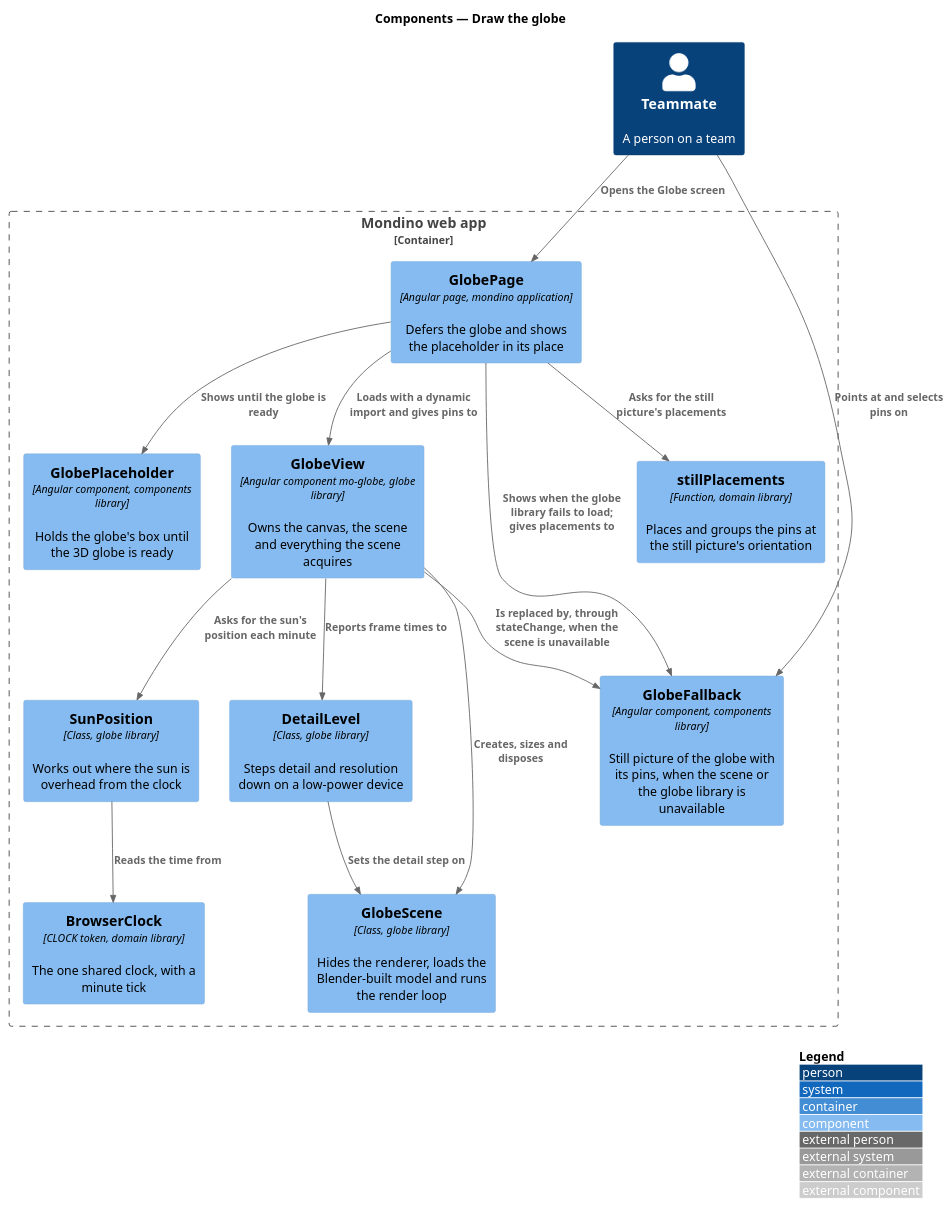
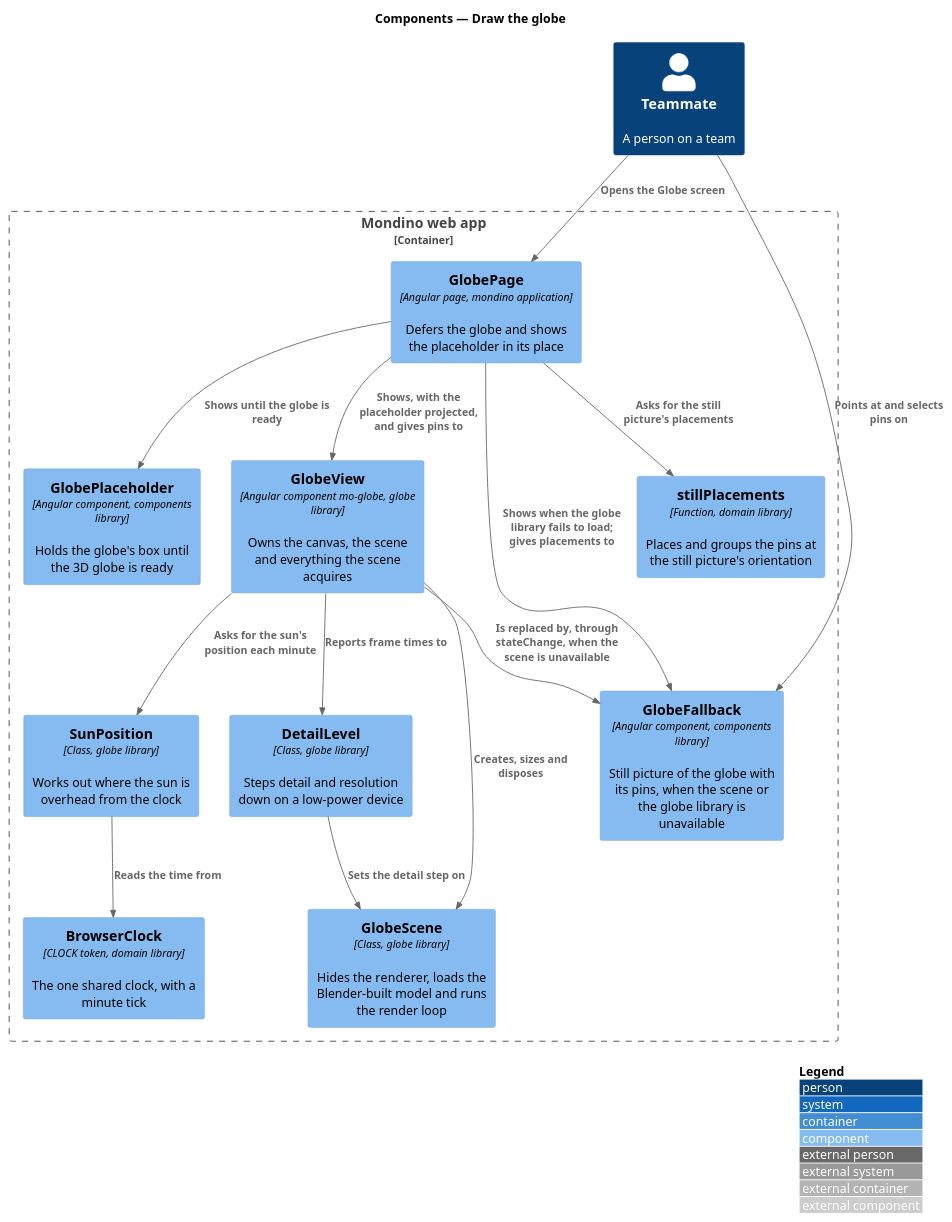
One commit to QuinntyneBrown/Mondino changed the diagram in docs/detailed-designs/globe/draw-globe/diagrams/c4-component.puml. Above: the diagram before and after it, drawn with PlantUML. The commit also changed 39 other files, not shown here.

```diff
--- a/docs/detailed-designs/globe/draw-globe/diagrams/c4-component.puml
+++ b/docs/detailed-designs/globe/draw-globe/diagrams/c4-component.puml
@@ -1,30 +1,30 @@
 @startuml
 !include <C4/C4_Component>
 LAYOUT_WITH_LEGEND()
 title Components — Draw the globe
 
 Person(teammate, "Teammate", "A person on a team")
 Container_Boundary(spa, "Mondino web app") {
   Component(page, "GlobePage", "Angular page, mondino application", "Defers the globe and shows the placeholder in its place")
   Component(placeholder, "GlobePlaceholder", "Angular component, components library", "Holds the globe's box until the 3D globe is ready")
   Component(view, "GlobeView", "Angular component mo-globe, globe library", "Owns the canvas, the scene and everything the scene acquires")
   Component(scene, "GlobeScene", "Class, globe library", "Hides the renderer, loads the Blender-built model and runs the render loop")
   Component(sun, "SunPosition", "Class, globe library", "Works out where the sun is overhead from the clock")
   Component(detail, "DetailLevel", "Class, globe library", "Steps detail and resolution down on a low-power device")
   Component(fallback, "GlobeFallback", "Angular component, components library", "Still picture of the globe with its pins, when the scene or the globe library is unavailable")
   Component(still, "stillPlacements", "Function, domain library", "Places and groups the pins at the still picture's orientation")
   Component(clock, "BrowserClock", "CLOCK token, domain library", "The one shared clock, with a minute tick")
 }
 Rel(teammate, page, "Opens the Globe screen")
 Rel(page, placeholder, "Shows until the globe is ready")
-Rel(page, view, "Loads with a dynamic import and gives pins to")
+Rel(page, view, "Shows, with the placeholder projected, and gives pins to")
 Rel(view, scene, "Creates, sizes and disposes")
 Rel(view, fallback, "Is replaced by, through stateChange, when the scene is unavailable")
 Rel(page, fallback, "Shows when the globe library fails to load; gives placements to")
 Rel(page, still, "Asks for the still picture's placements")
 Rel(teammate, fallback, "Points at and selects pins on")
 Rel(view, sun, "Asks for the sun's position each minute")
 Rel(sun, clock, "Reads the time from")
 Rel(view, detail, "Reports frame times to")
 Rel(detail, scene, "Sets the detail step on")
 @enduml
```
